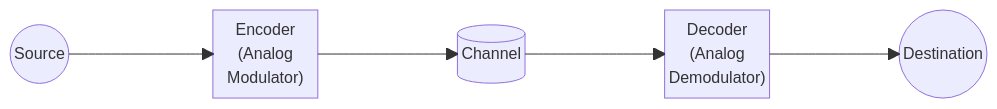
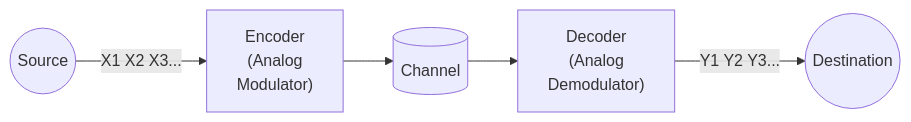
One commit to nic0-dev/Coding-Projects changed the first of 2 diagrams in EEE-161/Lecture-1.md. Above: the diagram before and after it, drawn with Mermaid. The commit also changed other lines of this file, not shown here.

Commit message:
Modified Mermaid Diagram

````diff
--- a/EEE-161/Lecture-1.md
+++ b/EEE-161/Lecture-1.md
@@ -17,13 +17,6 @@
 ```mermaid
-block-beta
-    s(("Source"))
-    space en["Encoder<br>(Analog<br>Modulator)"]
-    space c[("Channel")]
-    space de["Decoder<br>(Analog<br>Demodulator)"]
-    space d(("Destination"))
-    
-    s-->en
-    en-->c
-    c-->de
-    de-->d
+  graph LR
+    s((Source)) -- X1 X2 X3... --> en["Encoder<br>(Analog<br>Modulator)"]
+    en --> c[(Channel)] --> de["Decoder<br>(Analog<br>Demodulator)"]
+    de -- Y1 Y2 Y3... --> d(("Destination"))
 ```
````
